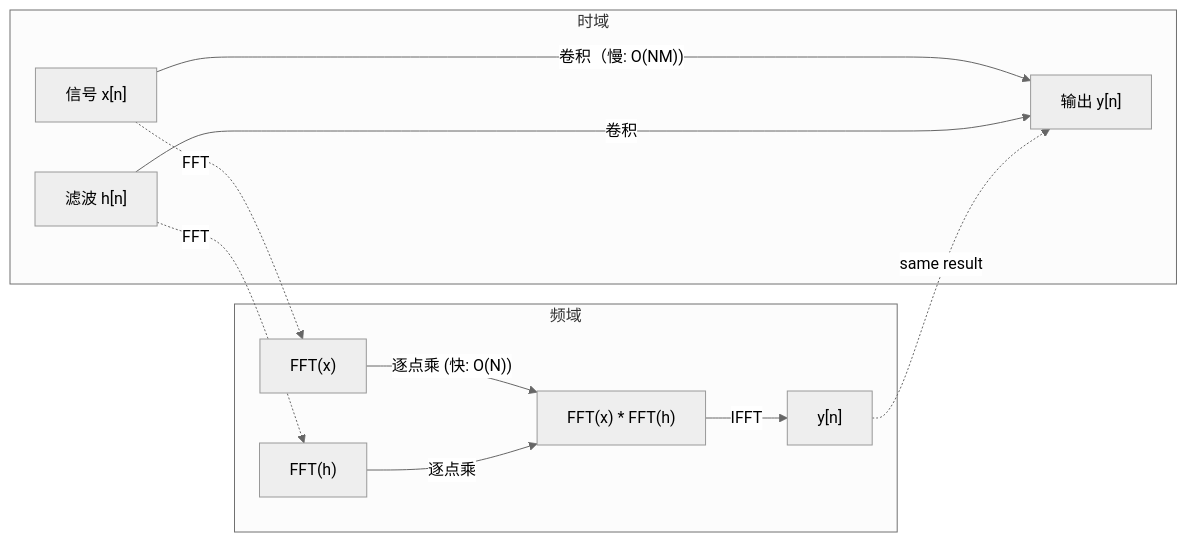
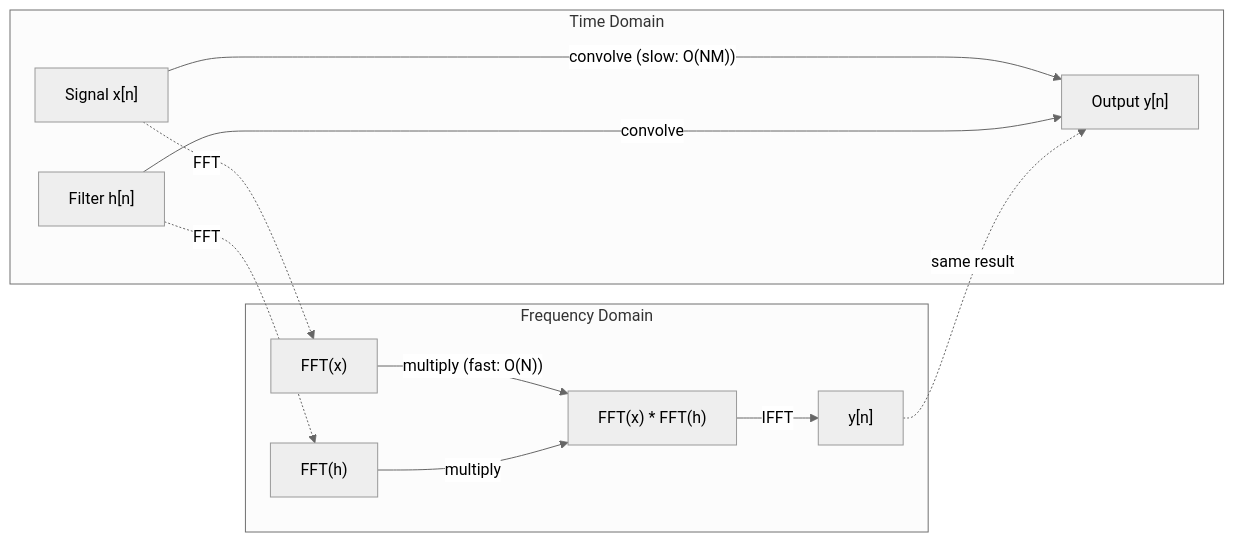
The second of 2 diagrams in phases/01-math-foundations/20-fourier-transform/docs/zh.md (omigaZen/ai-engineering-from-scratch), drawn with Mermaid (neutral theme) before and after one commit. The commit also changed other lines of this file and 32 other files, not shown here.

````diff
--- a/phases/01-math-foundations/20-fourier-transform/docs/zh.md
+++ b/phases/01-math-foundations/20-fourier-transform/docs/zh.md
@@ -155,15 +155,15 @@
 ```mermaid
 graph LR
-    subgraph "时域"
-        TA["信号 x[n]"] -->|"卷积（慢: O(NM))"| TC["输出 y[n]"]
-        TB["滤波 h[n]"] -->|"卷积"| TC
+    subgraph "Time Domain"
+        TA["Signal x[n]"] -->|"convolve (slow: O(NM))"| TC["Output y[n]"]
+        TB["Filter h[n]"] -->|"convolve"| TC
     end
-    subgraph "频域"
-        FA["FFT(x)"] -->|"逐点乘 (快: O(N))"| FC["FFT(x) * FFT(h)"]
-        FB["FFT(h)"] -->|"逐点乘"| FC
+    subgraph "Frequency Domain"
+        FA["FFT(x)"] -->|"multiply (fast: O(N))"| FC["FFT(x) * FFT(h)"]
+        FB["FFT(h)"] -->|"multiply"| FC
         FC -->|"IFFT"| FD["y[n]"]
     end
     TA -.->|"FFT"| FA
     TB -.->|"FFT"| FB
     FD -.->|"same result"| TC
 ```
````
